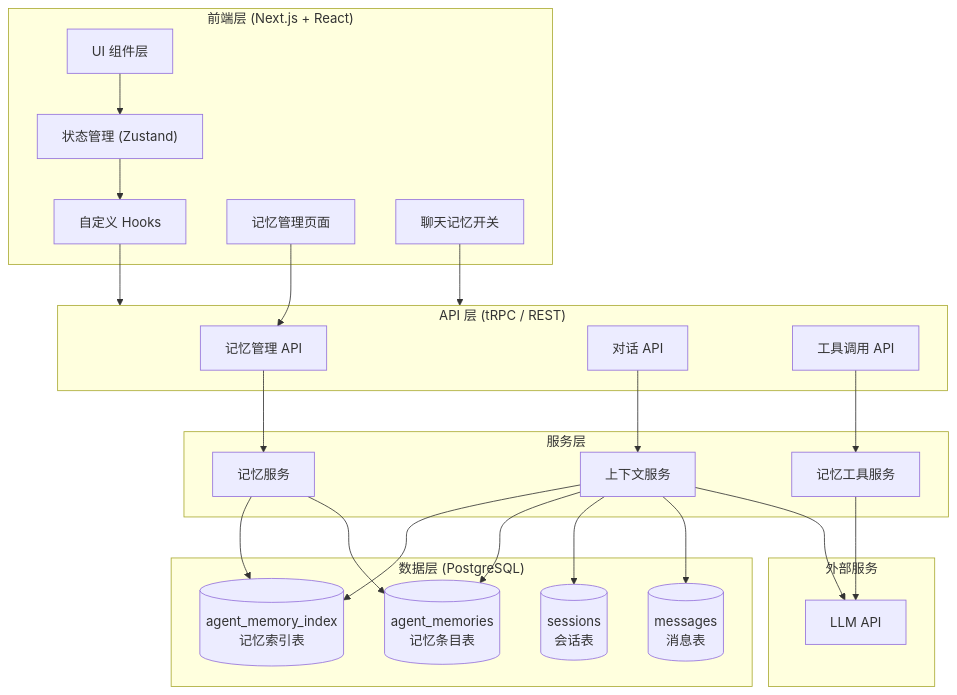
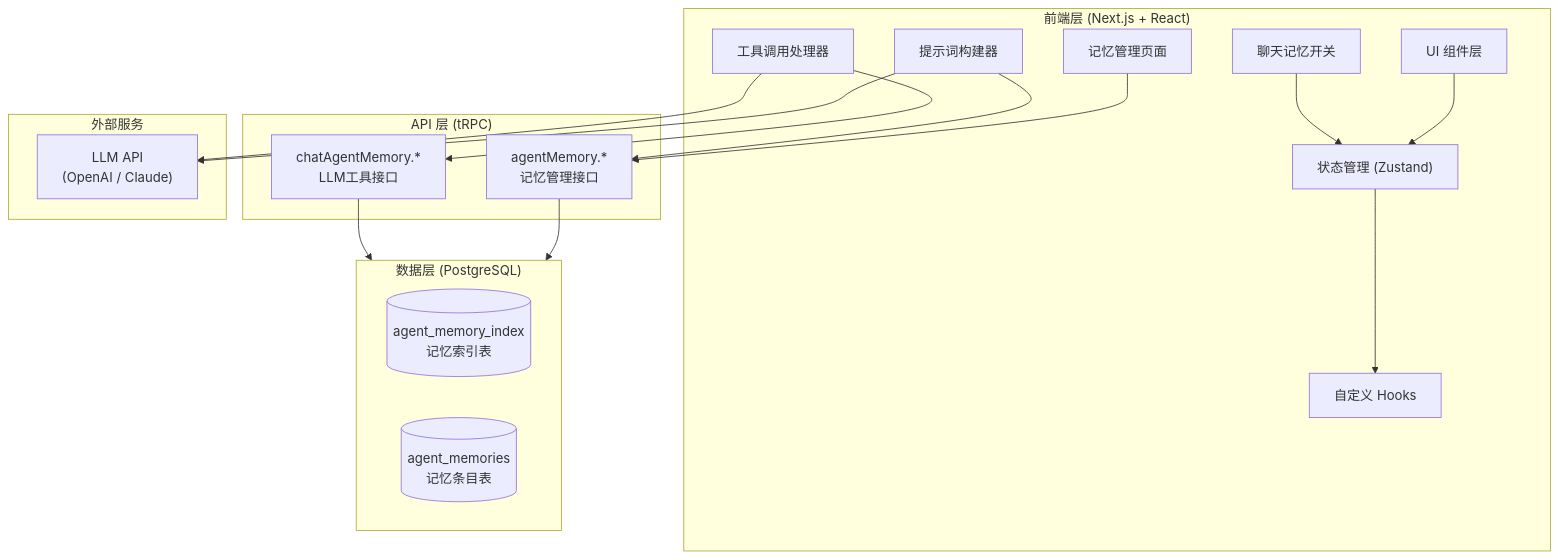
The second of 14 diagrams in bar/记忆设计方案.md (RudolphHuang/openclaw_doc), drawn with Mermaid before and after one commit. The commit also changed other lines of this file and 2 other files, not shown here.

````diff
--- a/bar/记忆设计方案.md
+++ b/bar/记忆设计方案.md
@@ -50,53 +50,39 @@
 ```mermaid
 flowchart TB
     subgraph Frontend["前端层 (Next.js + React)"]
         UI["UI 组件层"]
         State["状态管理 (Zustand)"]
         Hooks["自定义 Hooks"]
         MemoryPage["记忆管理页面"]
         ChatToggle["聊天记忆开关"]
+        PromptBuilder["提示词构建器"]
+        ToolHandler["工具调用处理器"]
     end
     
-    subgraph API["API 层 (tRPC / REST)"]
-        MemoryAPI["记忆管理 API"]
-        ChatAPI["对话 API"]
-        ToolAPI["工具调用 API"]
-    end
-    
-    subgraph Service["服务层"]
-        MemoryService["记忆服务"]
-        ContextService["上下文服务"]
-        ToolService["记忆工具服务"]
+    subgraph API["API 层 (tRPC)"]
+        AgentMemoryAPI["agentMemory.*<br/>记忆管理接口"]
+        ChatAgentMemoryAPI["chatAgentMemory.*<br/>LLM工具接口"]
     end
     
     subgraph Database["数据层 (PostgreSQL)"]
         IndexDB[("agent_memory_index<br/>记忆索引表")]
         EntryDB[("agent_memories<br/>记忆条目表")]
-        SessionDB[("sessions<br/>会话表")]
-        MessageDB[("messages<br/>消息表")]
     end
     
     subgraph External["外部服务"]
-        LLM["LLM API"]
+        LLM["LLM API<br/>(OpenAI / Claude)"]
     end
     
     UI --> State
     State --> Hooks
-    Hooks --> API
-    MemoryPage --> MemoryAPI
-    ChatToggle --> API
+    MemoryPage --> AgentMemoryAPI
+    ChatToggle --> State
+    PromptBuilder --> AgentMemoryAPI
+    ToolHandler --> ChatAgentMemoryAPI
     
-    MemoryAPI --> MemoryService
-    ChatAPI --> ContextService
-    ToolAPI --> ToolService
+    AgentMemoryAPI --> Database
+    ChatAgentMemoryAPI --> Database
     
-    MemoryService --> IndexDB
-    MemoryService --> EntryDB
-    ContextService --> IndexDB
-    ContextService --> EntryDB
-    ContextService --> SessionDB
-    ContextService --> MessageDB
-    
-    ContextService --> LLM
-    ToolService --> LLM
+    PromptBuilder --> LLM
+    ToolHandler --> LLM
 ```
````
